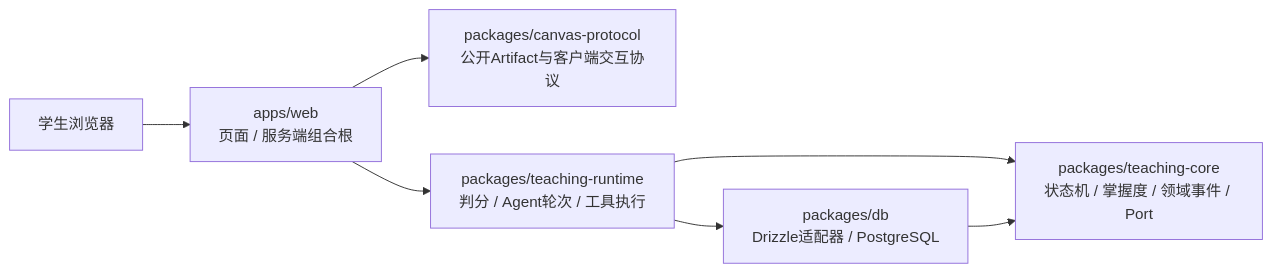
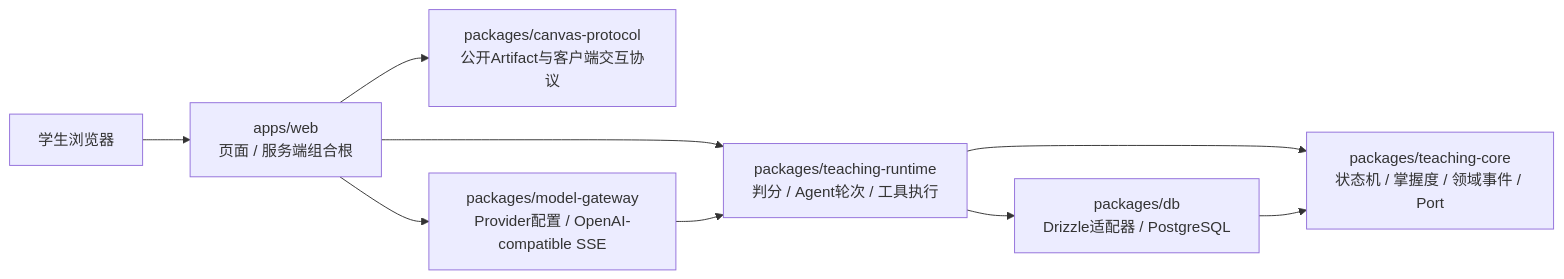
Before and after one commit to Timcai06/EduCanvas: the diagram in docs/02-architecture/system-architecture.md, drawn with Mermaid. The commit also changed other lines of this file and 177 other files, not shown here.

````diff
--- a/docs/02-architecture/system-architecture.md
+++ b/docs/02-architecture/system-architecture.md
@@ -18,9 +18,11 @@
 ```mermaid
 flowchart LR
     student[学生浏览器] --> web["apps/web<br/>页面 / 服务端组合根"]
     web --> canvas["packages/canvas-protocol<br/>公开Artifact与客户端交互协议"]
     web --> runtime["packages/teaching-runtime<br/>判分 / Agent轮次 / 工具执行"]
+    web --> gateway["packages/model-gateway<br/>Provider配置 / OpenAI-compatible SSE"]
     runtime --> teaching["packages/teaching-core<br/>状态机 / 掌握度 / 领域事件 / Port"]
     runtime --> db["packages/db<br/>Drizzle适配器 / PostgreSQL"]
+    gateway --> runtime
     db --> teaching
 ```
````
